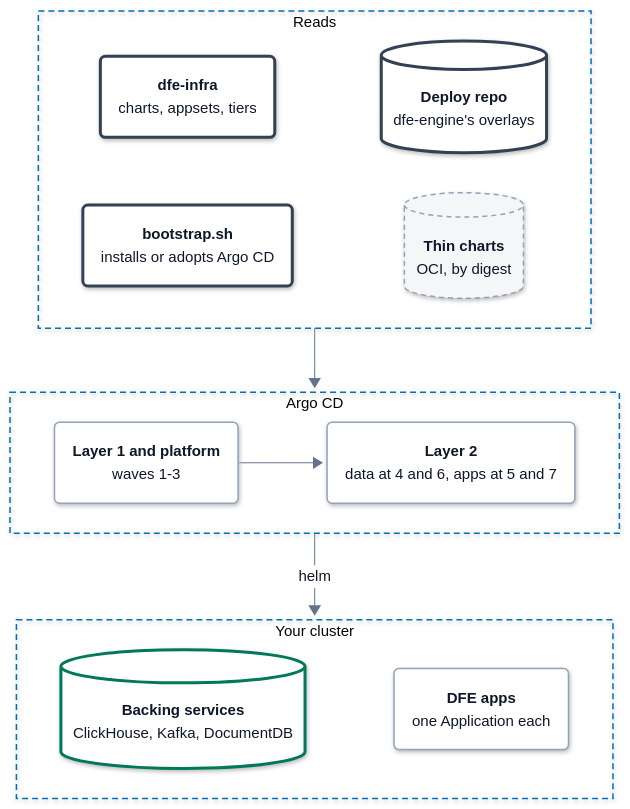
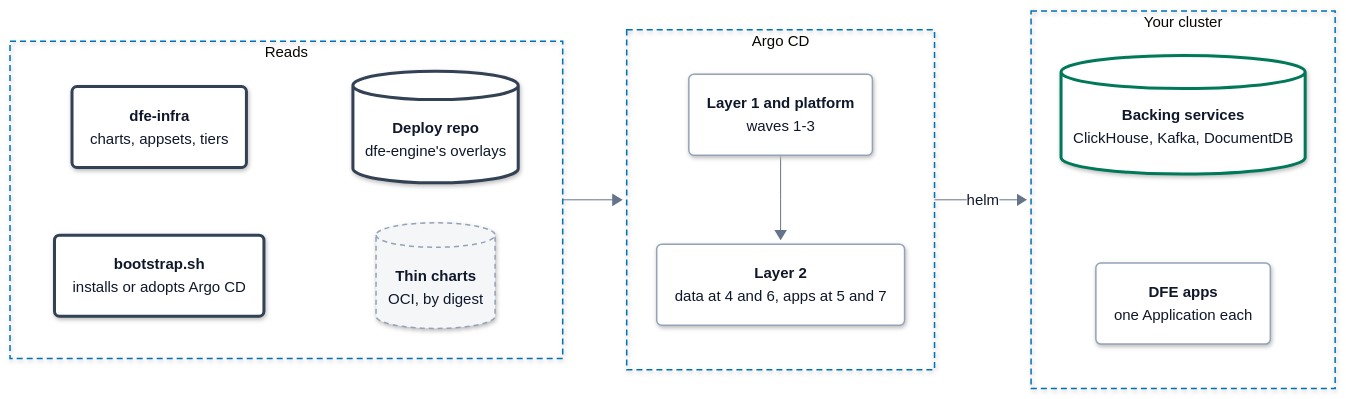
One commit to hyperi-io/dfe-infra changed the diagram in docs/argo-cd.md. Above: the diagram before and after it, drawn with Mermaid. The commit also changed 6 other files, not shown here.

First line of the commit message:
docs(diagrams): fit six diagrams under the 600 px limit

```diff
--- a/docs/argo-cd.md
+++ b/docs/argo-cd.md
@@ -58,7 +58,7 @@
     .ui .label-icon{color:#D9480F}
     .ext .label-icon{color:#64748B}
 ---
-flowchart TB
+flowchart LR
   accTitle: L3 Components -- Argo CD
   accDescr: bootstrap.sh installs or adopts DFE's Argo CD. Argo CD reads charts, ApplicationSets and tier values from dfe-infra, dfe-engine's overlays from the deploy repo and each app's thin chart by digest. Layer 1 and the platform sync first, then Layer 2's backing services and apps, and Helm applies them to your cluster.
   subgraph SRC["Reads"]
@@ -71,13 +71,13 @@
     B ~~~ O
   end
   subgraph ARGO["Argo CD"]
-    direction LR
+    direction TB
     A1("<b>Layer 1 and platform</b><br/><span>waves 1-3</span>")
     A4("<b>Layer 2</b><br/><span>data at 4 and 6, apps at 5 and 7</span>")
     A1 --> A4
   end
   subgraph K8S["Your cluster"]
-    direction LR
+    direction TB
     S[("<b>Backing services</b><br/><span>ClickHouse, Kafka, DocumentDB</span>")]
     P("<b>DFE apps</b><br/><span>one Application each</span>")
     S ~~~ P
```
